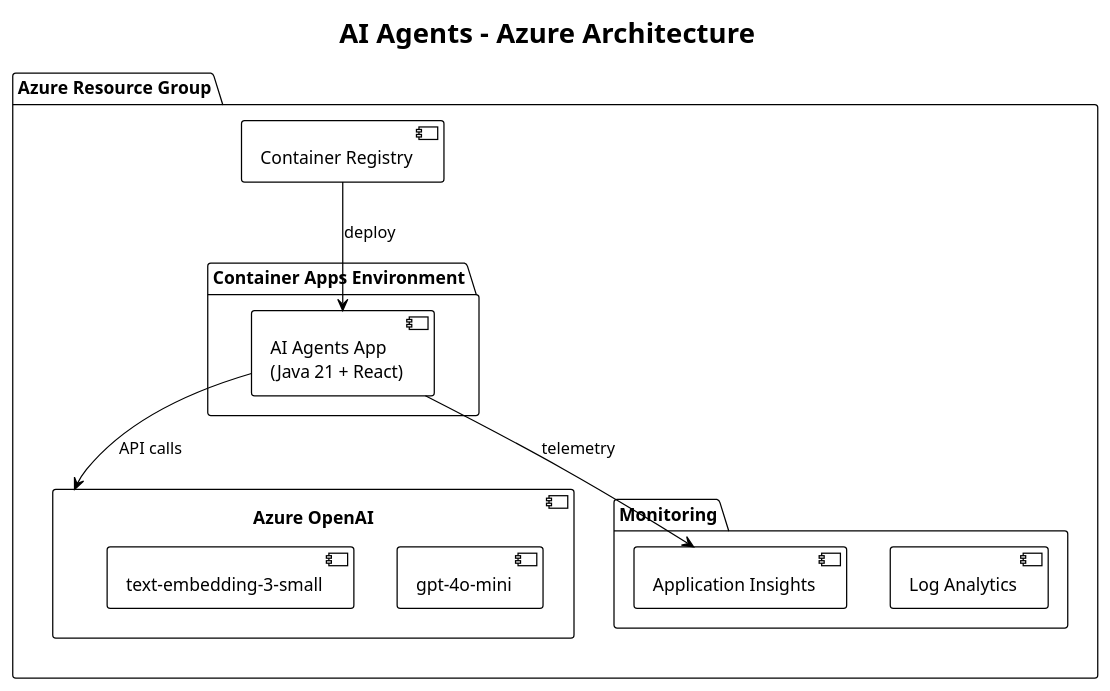
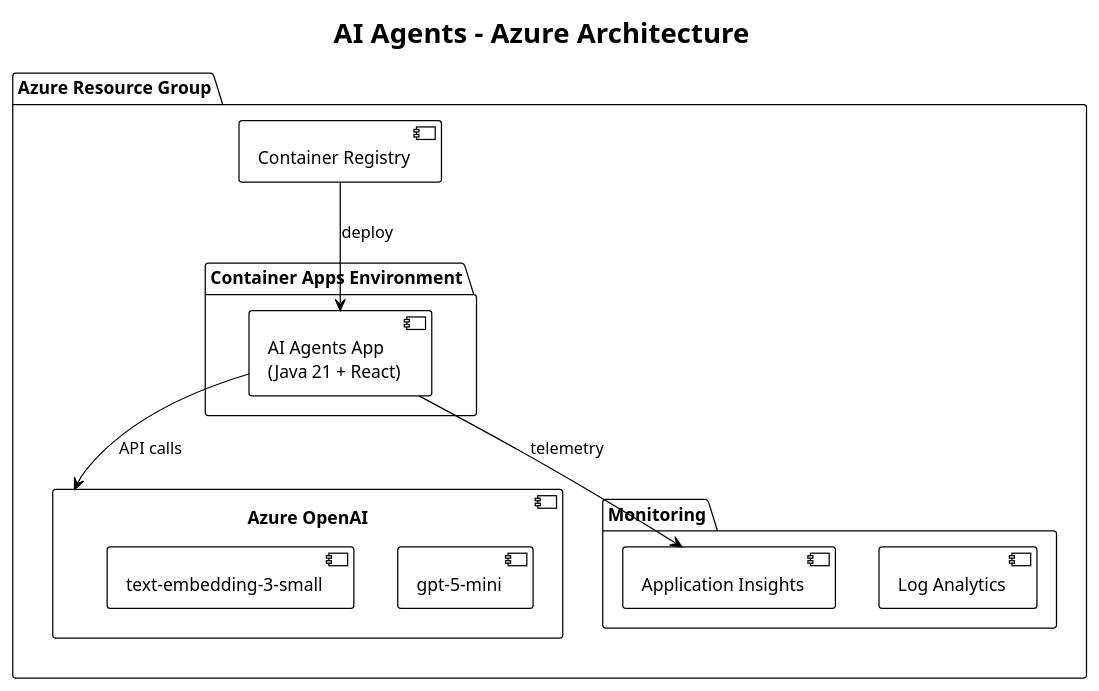
Before and after one commit to roryp/matrixagents: the diagram in docs/architecture.puml, drawn with PlantUML. The commit also changed 5 other files, not shown here.

```diff
--- a/docs/architecture.puml
+++ b/docs/architecture.puml
@@ -1,32 +1,32 @@
 @startuml architecture
 !theme plain
 skinparam backgroundColor #FFFFFF
 skinparam componentStyle uml2
 
 title AI Agents - Azure Architecture
 
 package "Azure Resource Group" {
     
     component "Container Registry" as acr {
     }
     
     package "Container Apps Environment" {
         component "AI Agents App\n(Java 21 + React)" as app
     }
     
     component "Azure OpenAI" as openai {
-        component "gpt-4o-mini" as gpt
+        component "gpt-5-mini" as gpt
         component "text-embedding-3-small" as embed
     }
     
     package "Monitoring" {
         component "Log Analytics" as logs
         component "Application Insights" as insights
     }
 }
 
 acr --> app : deploy
 app --> openai : API calls
 app --> insights : telemetry
 
 @enduml
```
